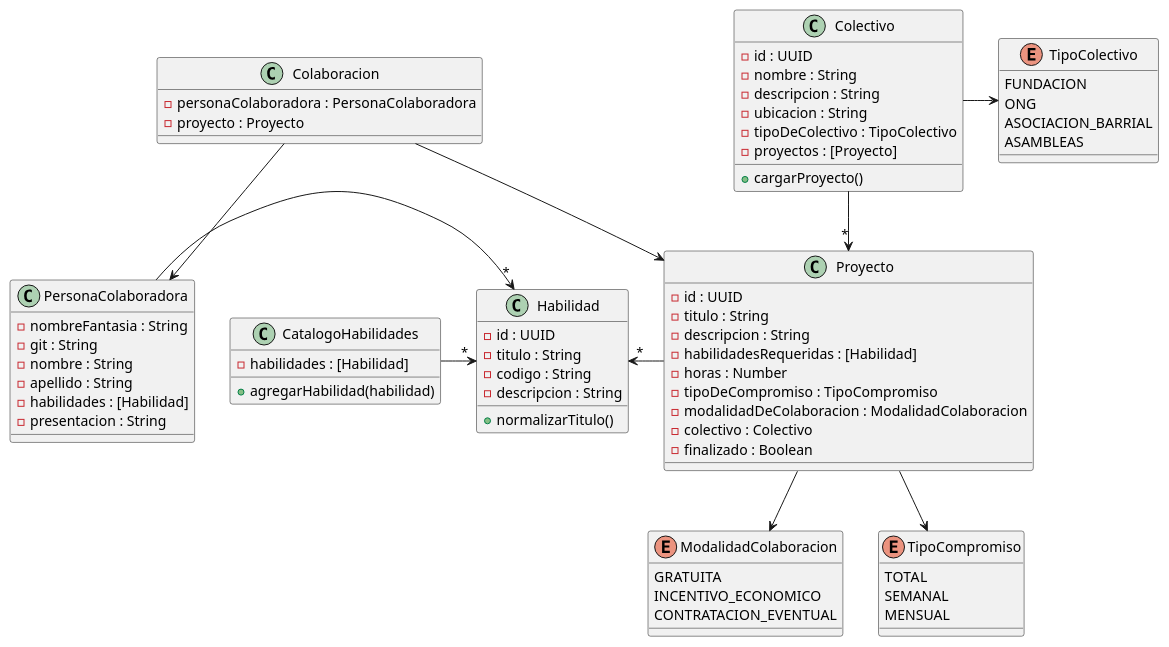
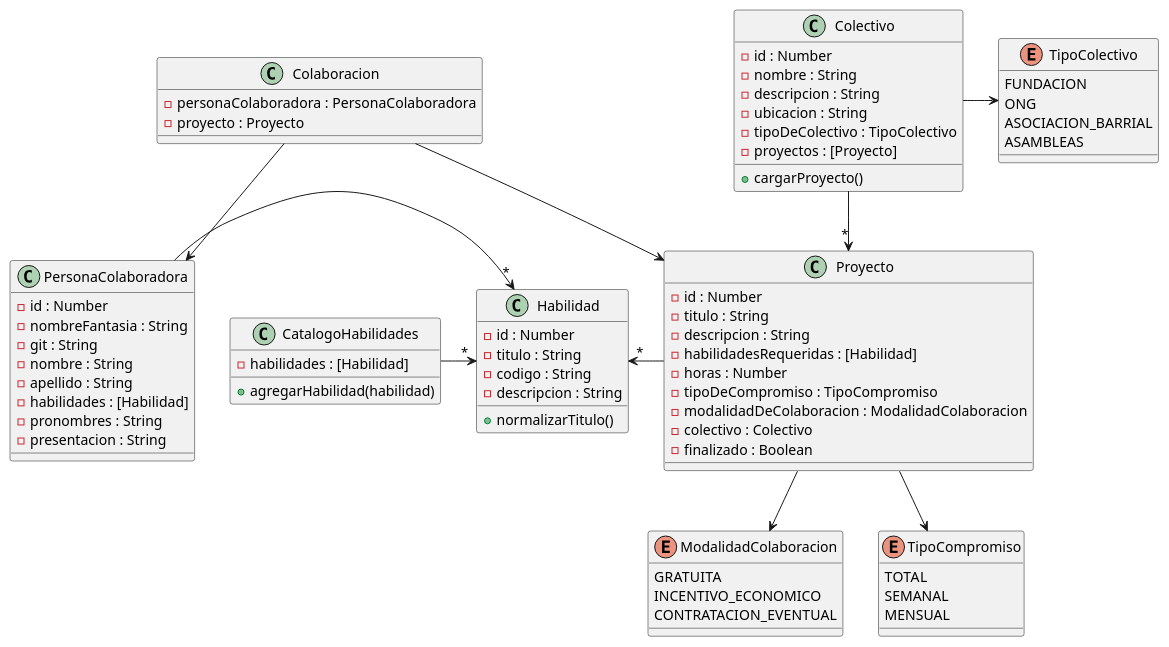
The diagram in diagrama.puml (FMartineezz/Tp-dds-CodigoAVoluntad), drawn with PlantUML before and after one commit. The commit also changed 2 other files, not shown here.

```diff
--- a/diagrama.puml
+++ b/diagrama.puml
@@ -1,84 +1,86 @@
 @startuml CodigoAVoluntad
 class Colectivo{
-    -id : UUID
+    -id : Number
     -nombre : String
     -descripcion : String
     -ubicacion : String
     -tipoDeColectivo : TipoColectivo
     -proyectos : [Proyecto]
 
     +cargarProyecto()
 }
 
 class Proyecto{
-    -id : UUID
+    -id : Number
     -titulo : String
     -descripcion : String
     -habilidadesRequeridas : [Habilidad]
     -horas : Number
     -tipoDeCompromiso : TipoCompromiso
     -modalidadDeColaboracion : ModalidadColaboracion
     -colectivo : Colectivo
     -finalizado : Boolean
 }
 
 class Colaboracion{
     -personaColaboradora : PersonaColaboradora
     -proyecto : Proyecto
 }
 
 class Habilidad{
-    -id : UUID
+    -id : Number
     -titulo : String
     -codigo : String
     -descripcion : String
 
     +normalizarTitulo()
 }
 
 
 class CatalogoHabilidades{
     -habilidades : [Habilidad]
 
     +agregarHabilidad(habilidad)
 }
 
 class PersonaColaboradora{
+    -id : Number
     -nombreFantasia : String
     -git : String
     -nombre : String
     -apellido : String
     -habilidades : [Habilidad]
+    -pronombres : String
     -presentacion : String
 }
 
 enum ModalidadColaboracion {
     GRATUITA
     INCENTIVO_ECONOMICO
     CONTRATACION_EVENTUAL
 }
 
 enum TipoCompromiso {
     TOTAL
     SEMANAL
     MENSUAL
 }
 
 enum TipoColectivo {
     FUNDACION
     ONG
     ASOCIACION_BARRIAL
     ASAMBLEAS
 }
 
 Colectivo --> "*" Proyecto
 PersonaColaboradora -> "*" Habilidad
 CatalogoHabilidades -> "*" Habilidad
 Habilidad "*" <- Proyecto
 Colaboracion --> Proyecto
 Colaboracion --> PersonaColaboradora
 Colectivo -> TipoColectivo
 Proyecto --> ModalidadColaboracion
 Proyecto --> TipoCompromiso
 
 @enduml
```
